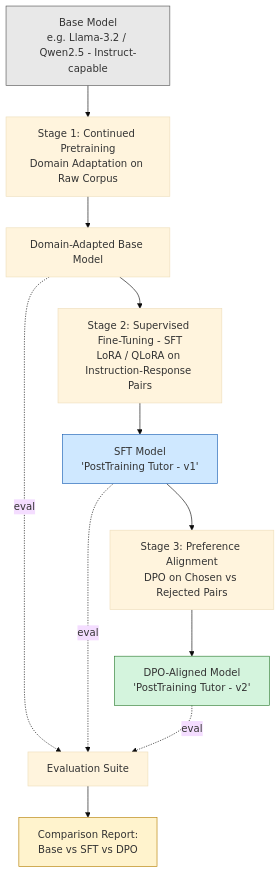
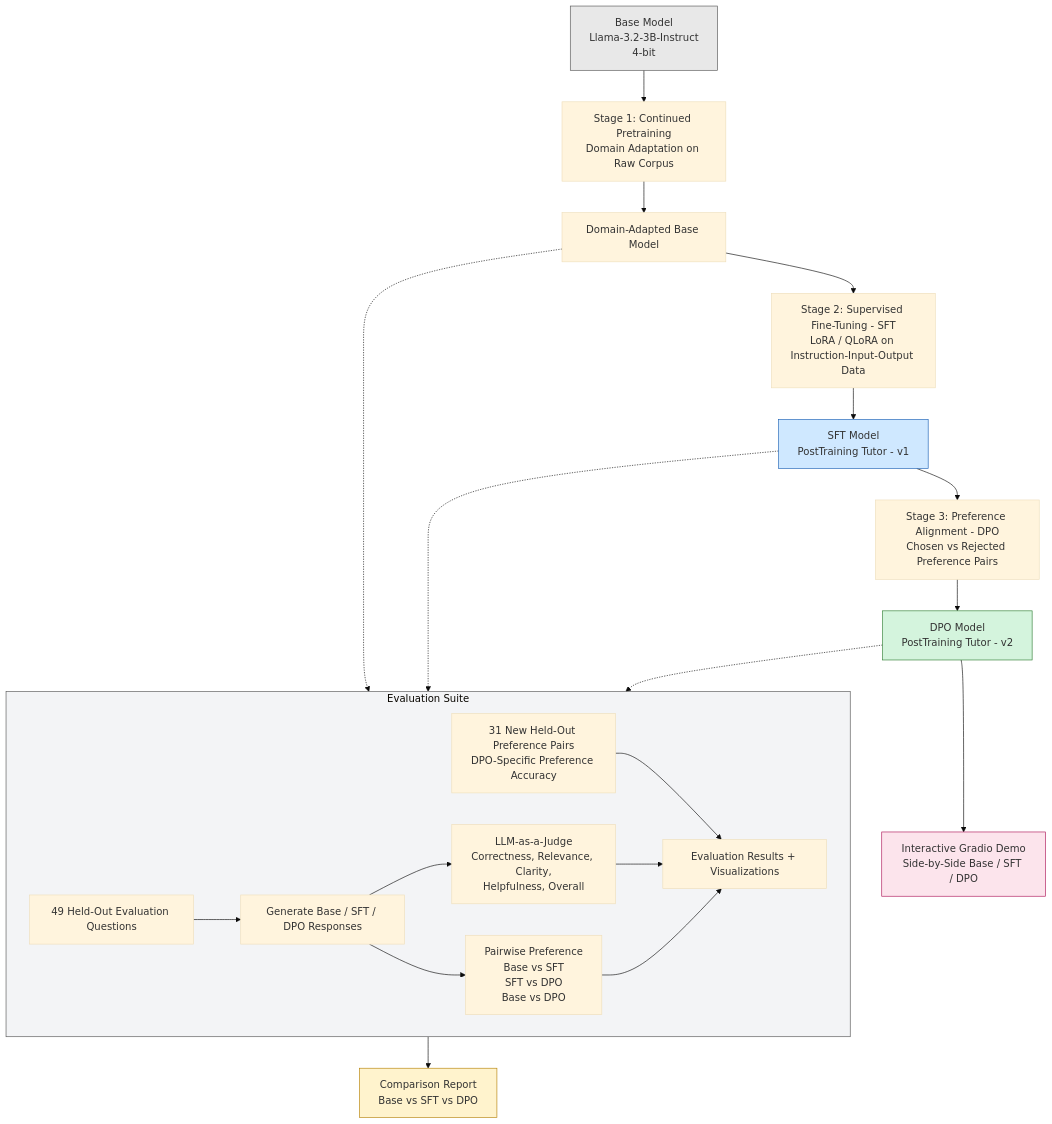
Before and after one commit to Hiteshwari7/LLM-PostTraining-Lab: the diagram in README.md, drawn with Mermaid (base theme).

````diff
--- a/README.md
+++ b/README.md
@@ -27,19 +27,45 @@
 ```mermaid
 flowchart TD
-    A[Base Model<br/>e.g. Llama-3.2 / Qwen2.5 - Instruct-capable] --> B[Stage 1: Continued Pretraining<br/>Domain Adaptation on Raw Corpus]
+    A[Base Model<br/>Llama-3.2-3B-Instruct<br/>4-bit] --> B[Stage 1: Continued Pretraining<br/>Domain Adaptation on Raw Corpus]
+
     B --> C[Domain-Adapted Base Model]
-    C --> D[Stage 2: Supervised Fine-Tuning - SFT<br/>LoRA / QLoRA on Instruction-Response Pairs]
-    D --> E[SFT Model<br/>'PostTraining Tutor - v1']
-    E --> F[Stage 3: Preference Alignment<br/>DPO on Chosen vs Rejected Pairs]
-    F --> G[DPO-Aligned Model<br/>'PostTraining Tutor - v2']
 
-    C -.eval.-> H[Evaluation Suite]
-    E -.eval.-> H
-    G -.eval.-> H
-    H --> I[Comparison Report:<br/>Base vs SFT vs DPO]
+    C --> D[Stage 2: Supervised Fine-Tuning - SFT<br/>LoRA / QLoRA on Instruction-Input-Output Data]
+
+    D --> E[SFT Model<br/>PostTraining Tutor - v1]
+
+    E --> F[Stage 3: Preference Alignment - DPO<br/>Chosen vs Rejected Preference Pairs]
+
+    F --> G[DPO Model<br/>PostTraining Tutor - v2]
+
+    C -.-> H
+    E -.-> H
+    G -.-> H
+
+    subgraph H[Evaluation Suite]
+        H1[49 Held-Out Evaluation Questions]
+        H2[Generate Base / SFT / DPO Responses]
+        H3[LLM-as-a-Judge<br/>Correctness, Relevance, Clarity,<br/>Helpfulness, Overall]
+        H4[Pairwise Preference<br/>Base vs SFT<br/>SFT vs DPO<br/>Base vs DPO]
+        H5[31 New Held-Out Preference Pairs<br/>DPO-Specific Preference Accuracy]
+        H6[Evaluation Results + Visualizations]
+
+        H1 --> H2
+        H2 --> H3
+        H2 --> H4
+        H5 --> H6
+        H3 --> H6
+        H4 --> H6
+    end
+
+    H --> I[Comparison Report<br/>Base vs SFT vs DPO]
+
+    G --> J[Interactive Gradio Demo<br/>Side-by-Side Base / SFT / DPO]
 
     style A fill:#e8e8e8,stroke:#555
     style E fill:#cfe8ff,stroke:#1a5fb4
     style G fill:#d4f4dd,stroke:#2e7d32
+    style H fill:#f3f4f6,stroke:#555
     style I fill:#fff3cd,stroke:#b58105
+    style J fill:#fce4ec,stroke:#ad1457
 ```
````
